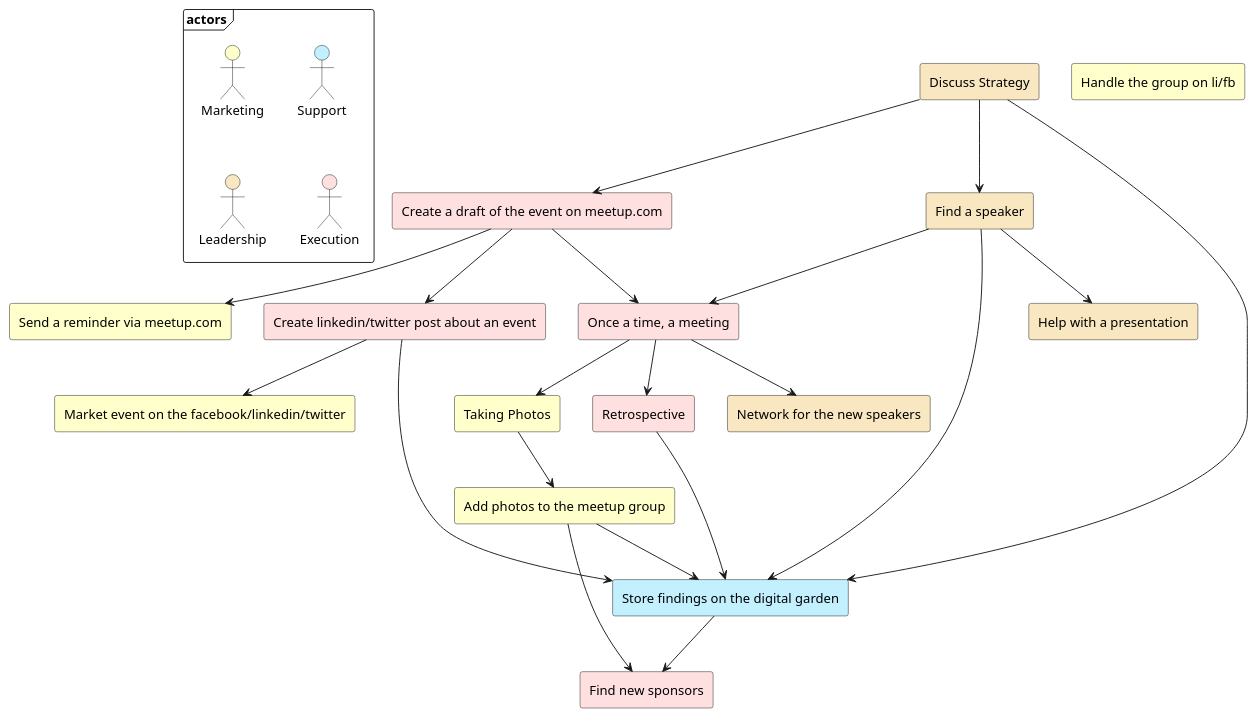
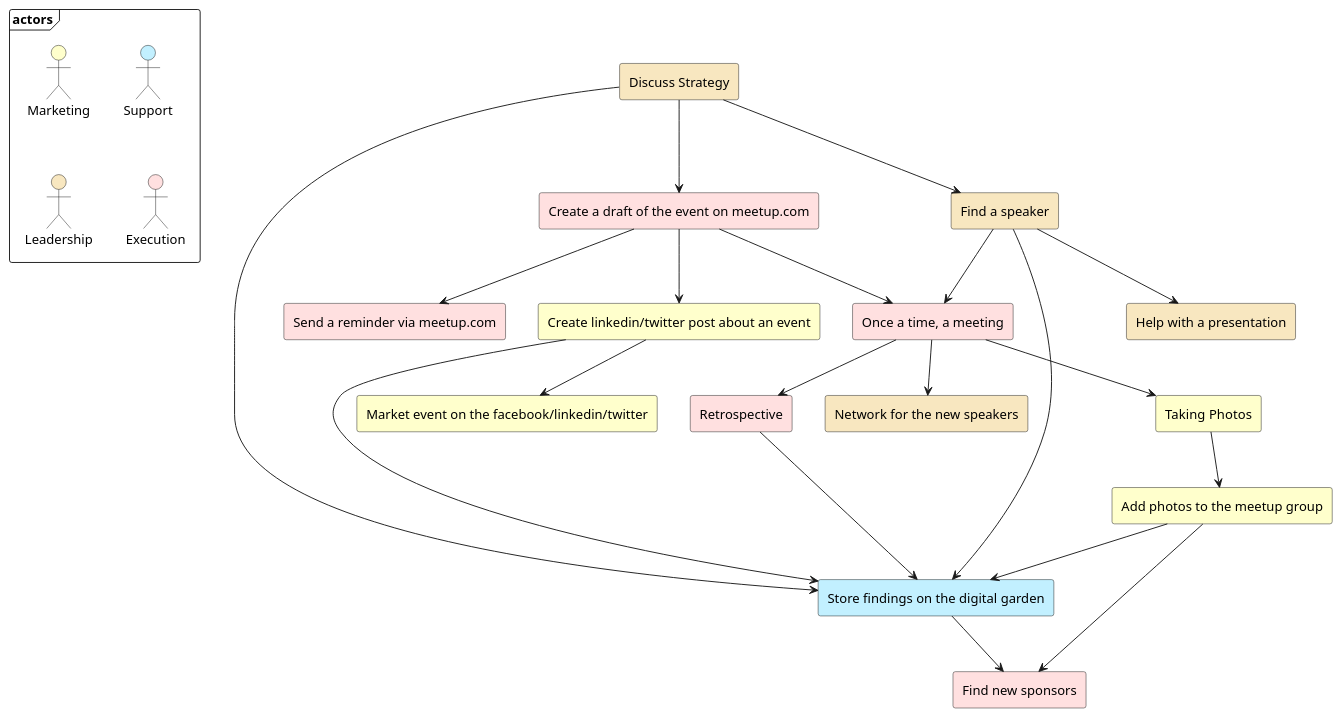
Before and after one commit to oneacik/mindoo: the diagram in public/Events/DDD-GDA/DDD-GDA Control plane.md, drawn with PlantUML. The commit also changed 9 other files, not shown here.

````diff
--- a/public/Events/DDD-GDA/DDD-GDA Control plane.md
+++ b/public/Events/DDD-GDA/DDD-GDA Control plane.md
@@ -60,59 +60,58 @@
 ```plantuml
 skinparam defaultFontStyle bold
 
 
 frame "actors" {
 actor "Marketing"  as B #Business
 actor "Support"    as C #Application
 actor "Leadership" as D #Strategy
 actor "Execution"  as E #Implementation
 }
 
 
 rectangle "Market event on the facebook/linkedin/twitter" as B1 #Business
-rectangle "Send a reminder via meetup.com" as B2 #Business
+rectangle "Send a reminder via meetup.com" as B2 #Implementation
 rectangle "Taking Photos" as B3 #Business
-rectangle "Handle the group on li/fb" as B4 #Business
 rectangle "Add photos to the meetup group" as B5 #Business
 
 rectangle "Discuss Strategy" as D1 #Strategy
 rectangle "Find a speaker" as D2 #Strategy
 rectangle "Help with a presentation" as D4 #Strategy
 rectangle "Network for the new speakers" as D5 #Strategy
 
 rectangle "Create a draft of the event on meetup.com" as E1 #Implementation
-rectangle "Create linkedin/twitter post about an event" as A1 #Implementation
+rectangle "Create linkedin/twitter post about an event" as A1 #Business
 rectangle "Once a time, a meeting" as E2 #Implementation
 rectangle "Retrospective" as E3 #Implementation
 rectangle "Find new sponsors" as D3 #Implementation
 
 rectangle "Store findings on the digital garden" as C1 #Application
 
 A1 --> B1
 B3 --> B5
 
 A1 --> C1
 B5 --> C1
 
 E1 --> A1
 E2 --> B3
 E1 --> E2
 E2 --> E3
 E3 --> C1
 
 E1 --> B2 
 
 D1 --> D2
 D1 --> C1
 D2 --> C1
 
 C1 --> D3
 B5 --> D3
 
 D2 --> E2 
 
 D2 --> D4
 D1 --> E1
 E2 --> D5
 
 ```
````
